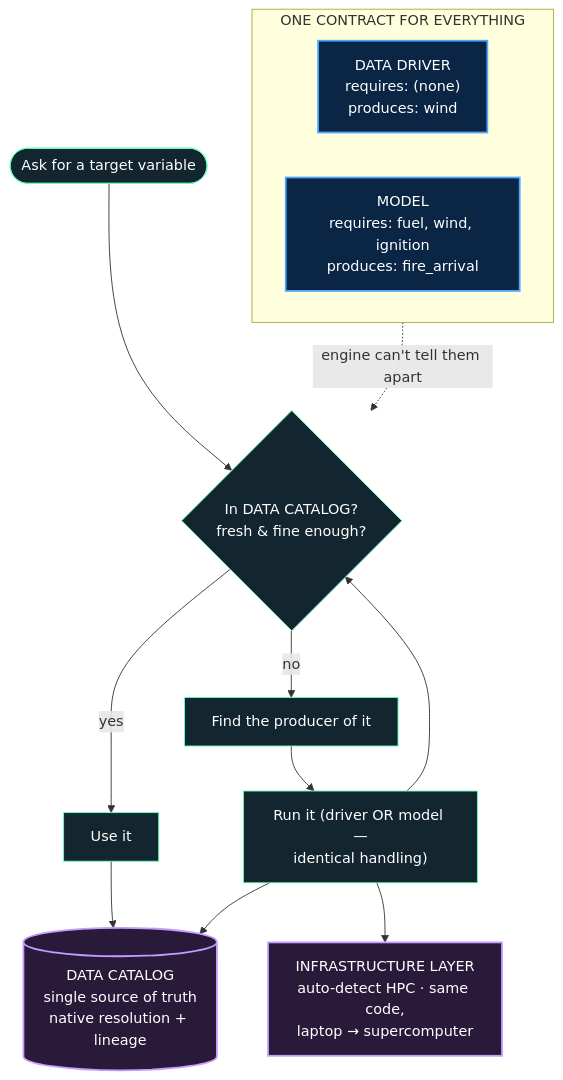
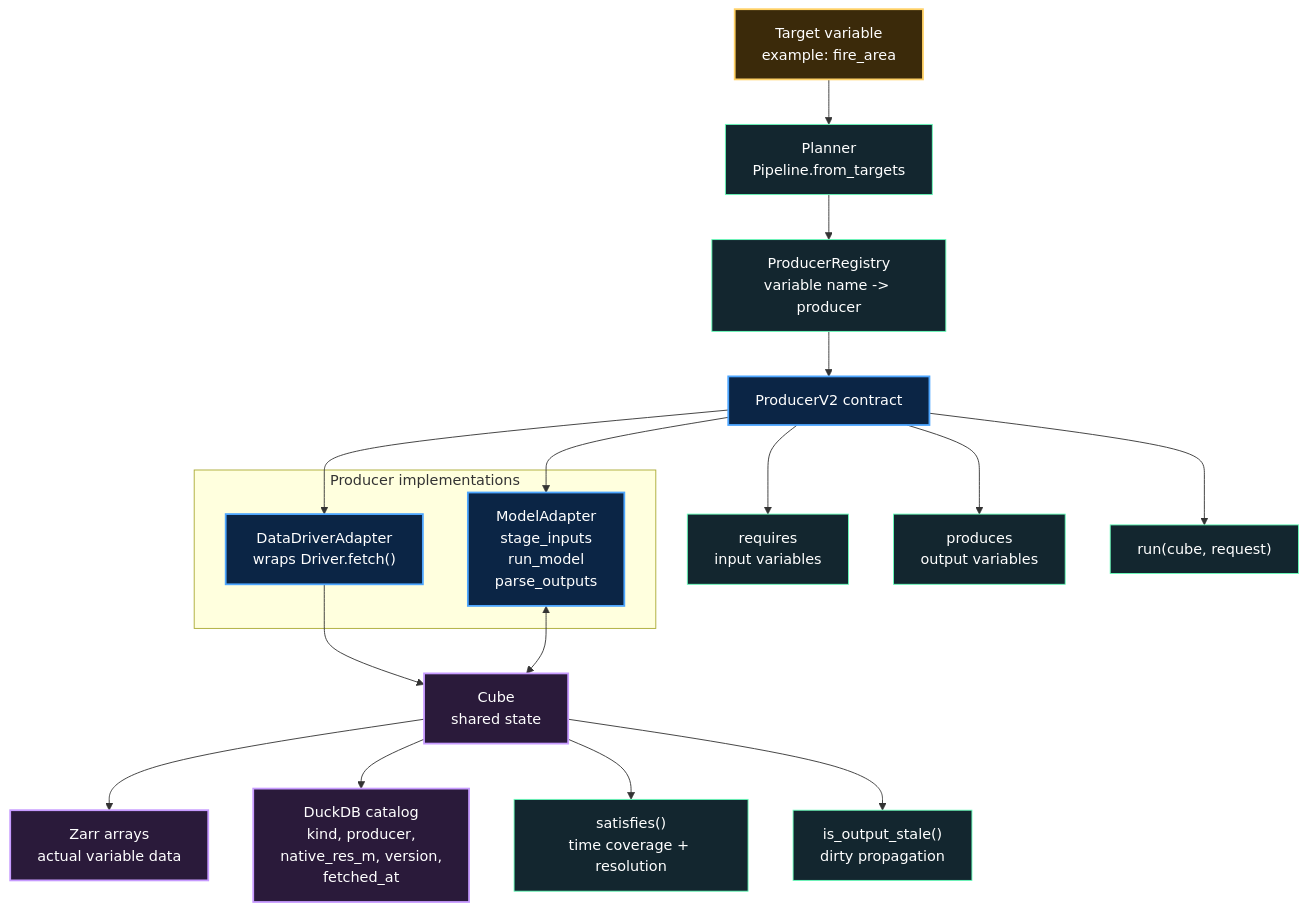
Before and after one commit to 10sajan10/NASA_Project: the second of 4 diagrams in docs/presentation_mermaid.md, drawn with Mermaid. The commit also changed other lines of this file and 24 other files, not shown here.

First line of the commit message:
WRF-Chem pipeline: ERA5 GRIB driver, WPS chain, asteroid scenario configs

````diff
--- a/docs/presentation_mermaid.md
+++ b/docs/presentation_mermaid.md
@@ -62,27 +61,35 @@
 ```mermaid
 flowchart TB
-    subgraph CONTRACT["ONE CONTRACT FOR EVERYTHING"]
-        direction LR
-        DRV["DATA DRIVER<br/>requires: (none)<br/>produces: wind"]
-        MOD["MODEL<br/>requires: fuel, wind, ignition<br/>produces: fire_arrival"]
+    TARGET["Target variable<br/>example: fire_area"] --> PLANNER["Planner<br/>Pipeline.from_targets"]
+    PLANNER --> REG["ProducerRegistry<br/>variable name -> producer"]
+
+    REG --> P1["ProducerV2 contract"]
+    P1 --> REQ["requires<br/>input variables"]
+    P1 --> PROD["produces<br/>output variables"]
+    P1 --> RUN["run(cube, request)"]
+
+    subgraph IMPLEMENTATIONS["Producer implementations"]
+        DDA["DataDriverAdapter<br/>wraps Driver.fetch()"]
+        MA["ModelAdapter<br/>stage_inputs<br/>run_model<br/>parse_outputs"]
     end
 
-    ASK(["Ask for a target variable"]) --> RES{"In DATA CATALOG?<br/>fresh & fine enough?"}
-    RES -->|yes| USE["Use it"]
-    RES -->|no| FIND["Find the producer of it"]
-    FIND --> RUN["Run it (driver OR model —<br/>identical handling)"]
-    RUN --> RES
+    P1 --> DDA
+    P1 --> MA
 
-    CONTRACT -. "engine can't tell them apart" .-> RES
+    DDA --> CUBE["Cube<br/>shared state"]
+    MA <--> CUBE
 
-    USE --> CAT[("DATA CATALOG<br/>single source of truth<br/>native resolution + lineage")]
-    RUN --> CAT
-    RUN --> INFRA["INFRASTRUCTURE LAYER<br/>auto-detect HPC · same code,<br/>laptop → supercomputer"]
+    CUBE --> STORE["Zarr arrays<br/>actual variable data"]
+    CUBE --> CAT["DuckDB catalog<br/>kind, producer,<br/>native_res_m, version,<br/>fetched_at"]
+    CUBE --> SAT["satisfies()<br/>time coverage + resolution"]
+    CUBE --> STALE["is_output_stale()<br/>dirty propagation"]
 
+    classDef target fill:#3b2a0a,stroke:#ffd166,color:#fff,stroke-width:2px;
+    classDef engine fill:#13262f,stroke:#6fb,color:#fff;
     classDef contract fill:#0b2545,stroke:#4da6ff,color:#fff,stroke-width:2px;
-    classDef engine fill:#13262f,stroke:#6fb,color:#fff;
     classDef store fill:#2a1a3a,stroke:#c79bff,color:#fff,stroke-width:2px;
-    class DRV,MOD contract;
-    class ASK,RES,FIND,RUN,USE engine;
-    class CAT,INFRA store;
+    class TARGET target;
+    class PLANNER,REG,REQ,PROD,RUN,SAT,STALE engine;
+    class P1,DDA,MA contract;
+    class CUBE,STORE,CAT store;
 ```
````
